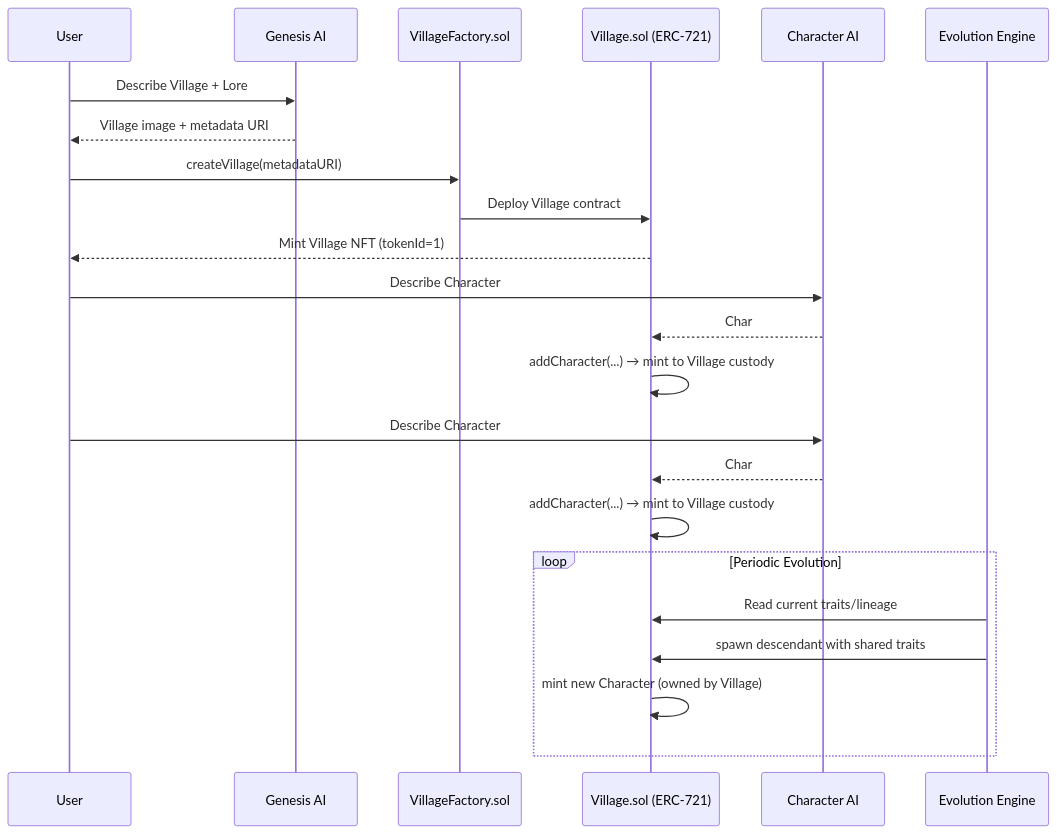
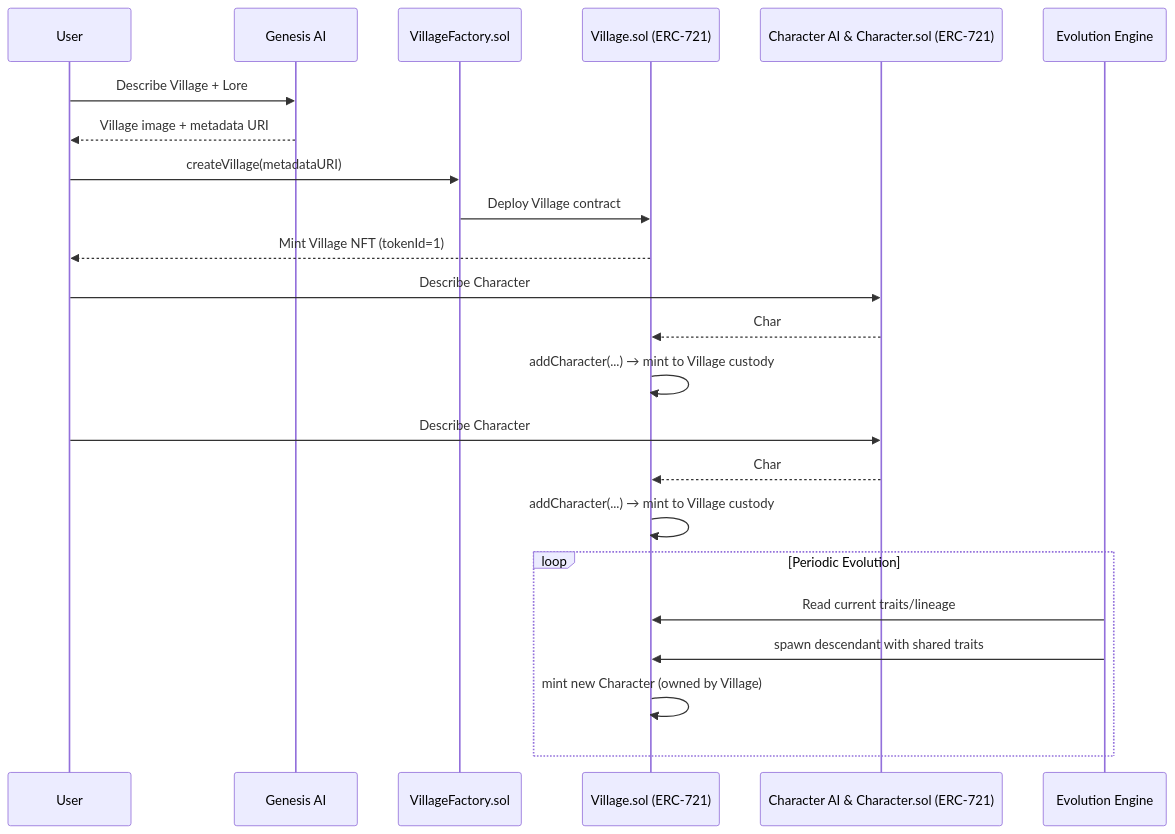
Before and after one commit to LeoFranklin015/shape-village: the first of 2 diagrams in Readme.md, drawn with Mermaid. The commit also changed other lines of this file, not shown here.

Commit message:
docs: enhance Readme.md with detailed participant descriptions and add flowchart illustrating Village NFT ownership and trading options

````diff
--- a/Readme.md
+++ b/Readme.md
@@ -27,35 +27,35 @@
 ```mermaid
 sequenceDiagram
   %% =========================
   %% ShapeVillage — Lifecycle
   %% =========================
   participant User
   participant GenesisAI as Genesis AI
   participant Factory as VillageFactory.sol
   participant Village as Village.sol (ERC‑721)
-  participant CharAI as Character AI
+  participant CharAI as Character AI & Character.sol (ERC‑721)
   participant EvoAI as Evolution Engine
 
   %% Create Village
   User->>GenesisAI: Describe Village + Lore
   GenesisAI-->>User: Village image + metadata URI
   User->>Factory: createVillage(metadataURI)
   Factory->>Village: Deploy Village contract
   Village-->>User: Mint Village NFT (tokenId=1)
 
   %% Add initial two characters (description-only input)
   User->>CharAI: Describe Character #1 + Lore
   CharAI-->>Village: Char #1 image + metadata
   Village->>Village: addCharacter(...) → mint to Village custody
 
   User->>CharAI: Describe Character #2 + Lore
   CharAI-->>Village: Char #2 image + metadata
   Village->>Village: addCharacter(...) → mint to Village custody
 
   %% Ongoing autonomous evolution
   loop Periodic Evolution
     EvoAI->>Village: Read current traits/lineage
     EvoAI->>Village: spawn descendant with shared traits
     Village->>Village: mint new Character (owned by Village)
   end
 ```
````
